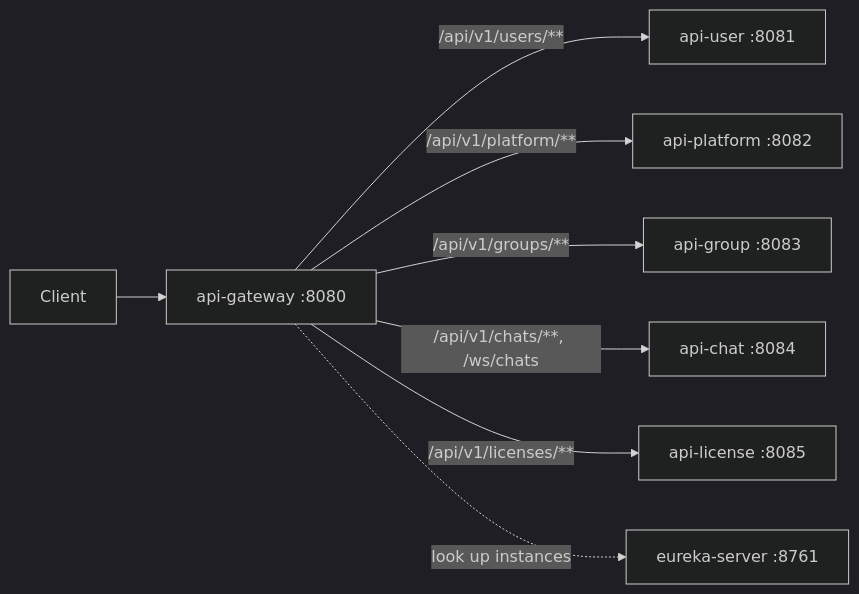
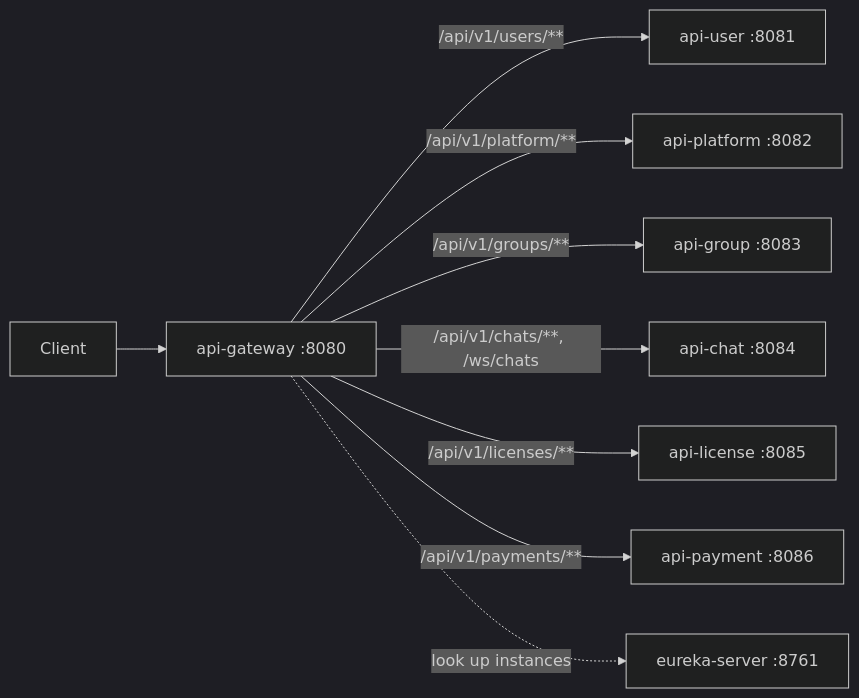
One commit to dragos-galeteanu/trip-huddle-backend changed the diagram in api-gateway/docs/README.md. Above: the diagram before and after it, drawn with Mermaid (dark theme). The commit also changed other lines of this file and 178 other files, not shown here.

````diff
--- a/api-gateway/docs/README.md
+++ b/api-gateway/docs/README.md
@@ -23,10 +25,11 @@
 ```mermaid
 flowchart LR
     C[Client] --> GW[api-gateway :8080]
     GW -->|/api/v1/users/**| U[api-user :8081]
     GW -->|/api/v1/platform/**| P[api-platform :8082]
     GW -->|/api/v1/groups/**| G[api-group :8083]
     GW -->|/api/v1/chats/**, /ws/chats| CH[api-chat :8084]
     GW -->|/api/v1/licenses/**| L[api-license :8085]
+    GW -->|/api/v1/payments/**| PA[api-payment :8086]
     GW -.->|look up instances| E[eureka-server :8761]
 ```
````
